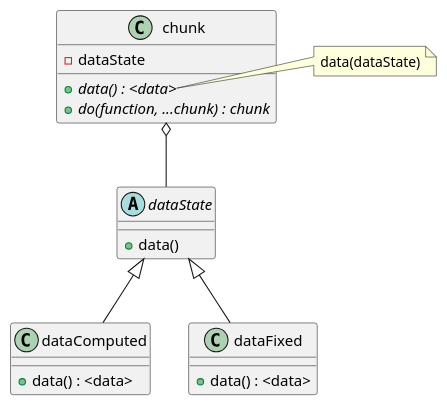
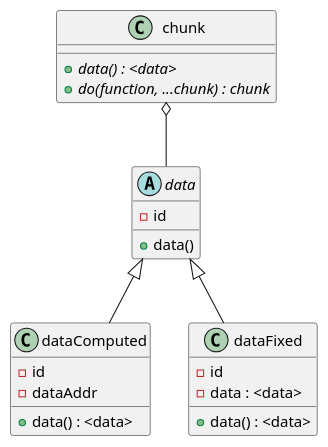
One commit to jcai849/phd changed the diagram in img/chunk2.puml. Above: the diagram before and after it, drawn with PlantUML. The commit also changed 3 other files, not shown here.

```diff
--- a/img/chunk2.puml
+++ b/img/chunk2.puml
@@ -1,29 +1,29 @@
 @startuml
 
 class chunk {
-        -dataState
         {abstract} +data() : <data>
         {abstract} +do(function, ...chunk) : chunk
 }
 
-abstract class dataState {
+abstract class data {
+	-id
         +data()
 }
 
 class dataComputed {
+	-id
+	-dataAddr
         +data() : <data>
 }
 
 class dataFixed {
+	-id
+	-data : <data>
         +data() : <data>
 }
 
-chunk o-- dataState
-dataState <|-- dataFixed
-dataState <|-- dataComputed
-
-note right of chunk::data()
-    data(dataState)
-end note
+chunk o-- data
+data <|-- dataFixed
+data <|-- dataComputed
 
 @enduml
```
